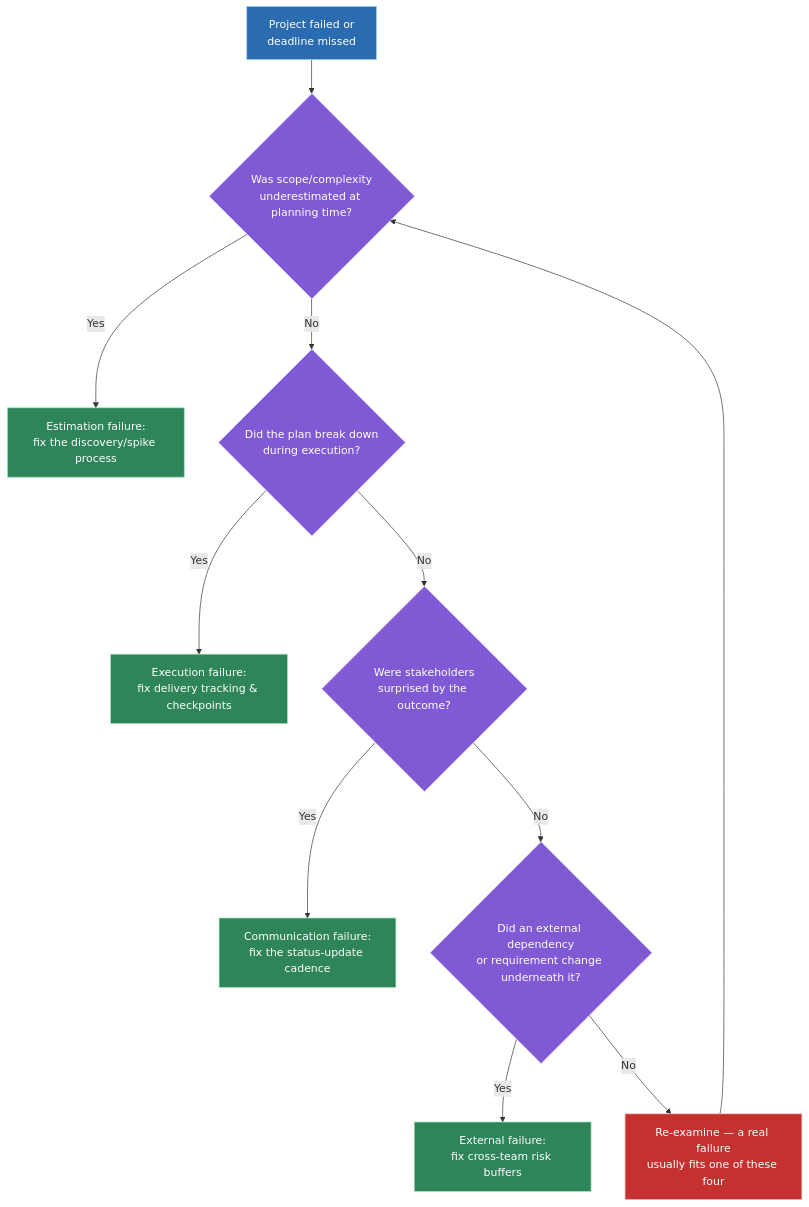
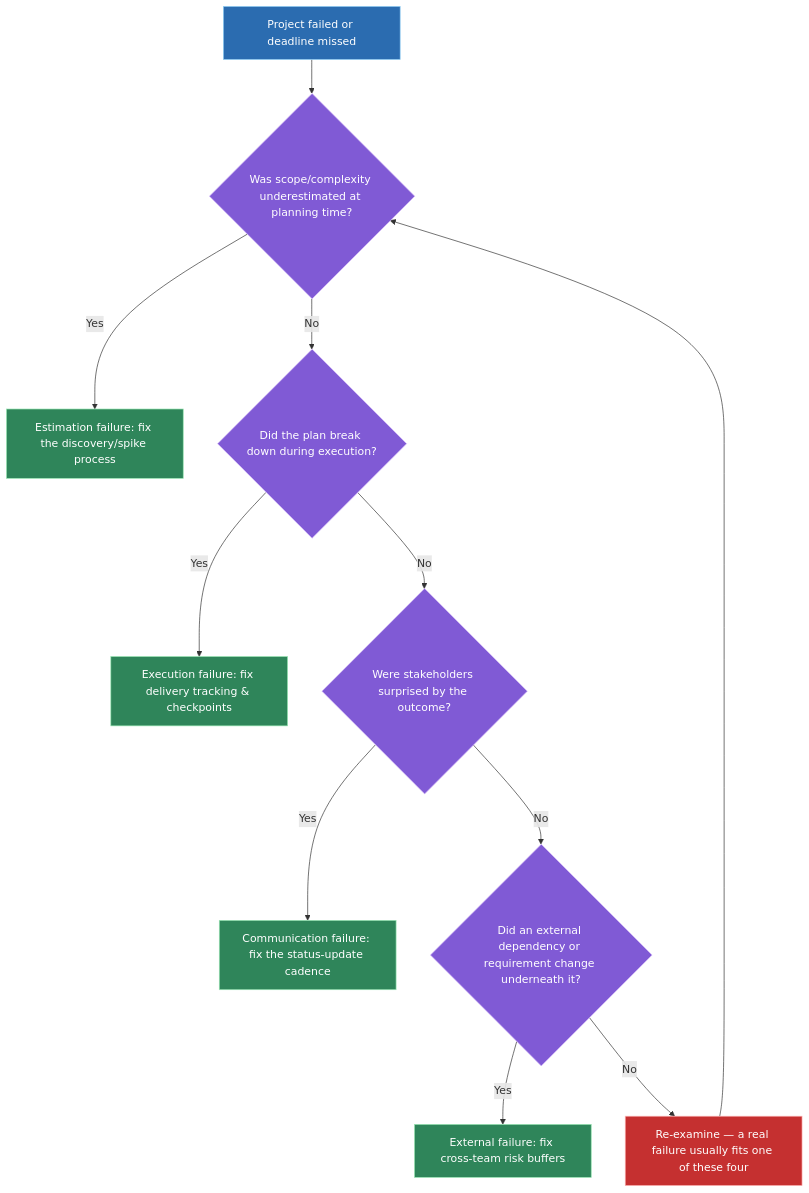
Before and after one commit to vinayakhumberi/litmus: the first of 2 diagrams in data/topics/handling-failures.md, drawn with Mermaid. The commit also changed other lines of this file and 68 other files, not shown here.

````diff
--- a/data/topics/handling-failures.md
+++ b/data/topics/handling-failures.md
@@ -108,23 +108,23 @@
 ```mermaid
 graph TD
-    A["Project failed or<br>deadline missed"] --> B{"Was scope/complexity<br>underestimated at planning time?"}
-    B -- "Yes" --> C["Estimation failure:<br>fix the discovery/spike process"]
-    B -- "No" --> D{"Did the plan break down<br>during execution?"}
-    D -- "Yes" --> E["Execution failure:<br>fix delivery tracking & checkpoints"]
-    D -- "No" --> F{"Were stakeholders<br>surprised by the outcome?"}
-    F -- "Yes" --> G["Communication failure:<br>fix the status-update cadence"]
-    F -- "No" --> H{"Did an external dependency<br>or requirement change underneath it?"}
-    H -- "Yes" --> I["External failure:<br>fix cross-team risk buffers"]
-    H -- "No" --> J["Re-examine — a real failure<br>usually fits one of these four"]
+    A["Project failed or deadline missed"] --> B{"Was scope/complexity underestimated at planning time?"}
+    B -- "Yes" --> C["Estimation failure: fix the discovery/spike process"]
+    B -- "No" --> D{"Did the plan break down during execution?"}
+    D -- "Yes" --> E["Execution failure: fix delivery tracking & checkpoints"]
+    D -- "No" --> F{"Were stakeholders surprised by the outcome?"}
+    F -- "Yes" --> G["Communication failure: fix the status-update cadence"]
+    F -- "No" --> H{"Did an external dependency or requirement change underneath it?"}
+    H -- "Yes" --> I["External failure: fix cross-team risk buffers"]
+    H -- "No" --> J["Re-examine — a real failure usually fits one of these four"]
     J --> B
 
     classDef start fill:#2b6cb0,stroke:#90cdf4,color:#fff
     classDef decision fill:#805ad5,stroke:#d6bcfa,color:#fff
     classDef fix fill:#2f855a,stroke:#9ae6b4,color:#fff
     classDef retry fill:#c53030,stroke:#feb2b2,color:#fff
 
     class A start
     class B,D,F,H decision
     class C,E,G,I fix
     class J retry
 ```
````
